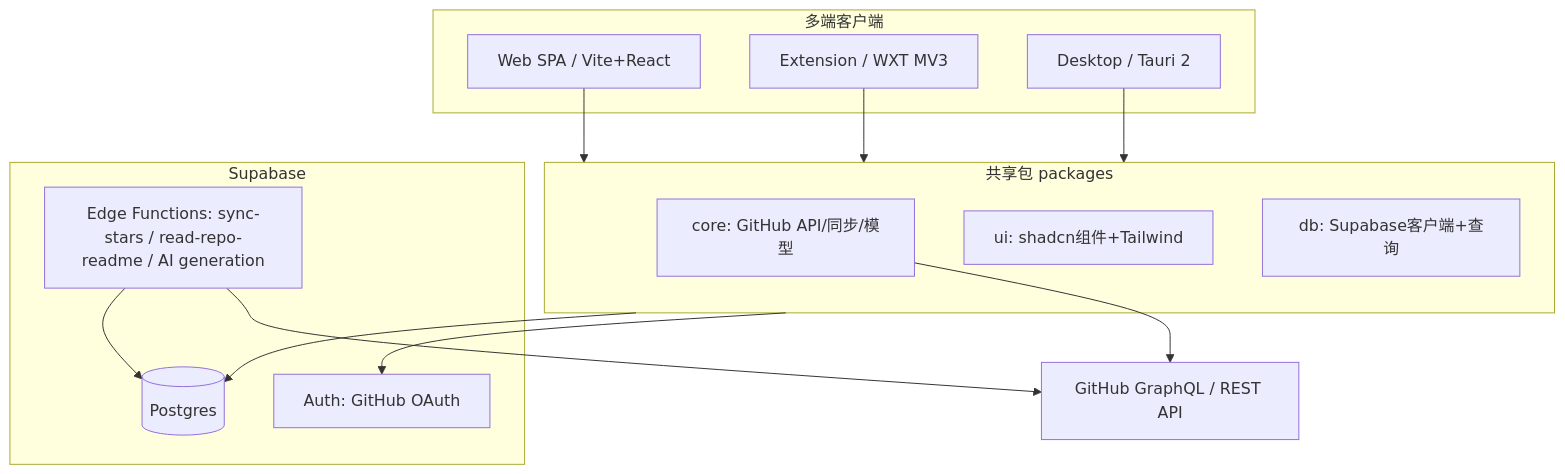
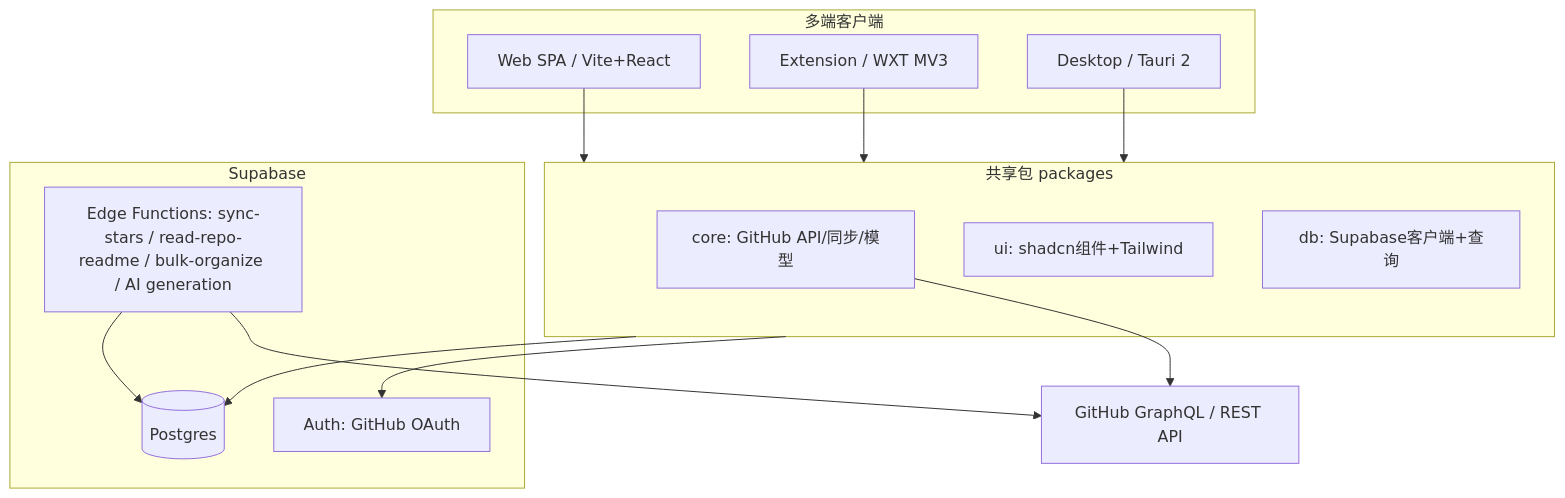
Before and after one commit to Mournerliao/asterism: the first of 2 diagrams in knowledge/contracts/architecture.md, drawn with Mermaid. The commit also changed other lines of this file and 36 other files, not shown here.

````diff
--- a/knowledge/contracts/architecture.md
+++ b/knowledge/contracts/architecture.md
@@ -9,28 +9,28 @@
 ```mermaid
 flowchart TD
   subgraph clients [多端客户端]
     web[Web SPA / Vite+React]
     ext[Extension / WXT MV3]
     desktop[Desktop / Tauri 2]
   end
   subgraph shared [共享包 packages]
     core[core: GitHub API/同步/模型]
     ui[ui: shadcn组件+Tailwind]
     db[db: Supabase客户端+查询]
   end
   subgraph supabase [Supabase]
     auth[Auth: GitHub OAuth]
     pg[(Postgres)]
-    fn[Edge Functions: sync-stars / read-repo-readme / AI generation]
+    fn[Edge Functions: sync-stars / read-repo-readme / bulk-organize / AI generation]
   end
   gh[GitHub GraphQL / REST API]
 
   web --> shared
   ext --> shared
   desktop --> shared
   shared --> auth
   shared --> pg
   core --> gh
   fn --> gh
   fn --> pg
 ```
````
